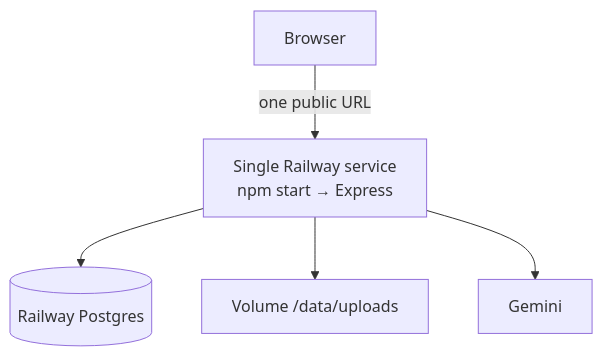
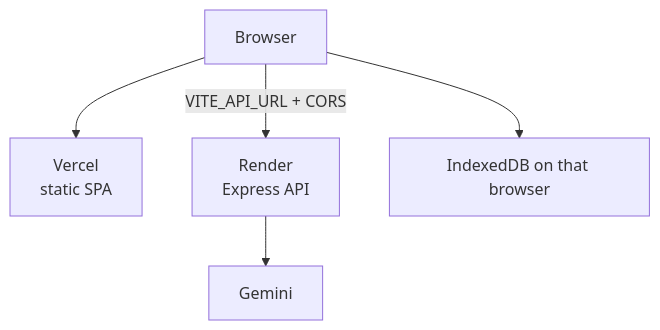
Before and after one commit to MoShahan/ledger-lens: the third of 4 diagrams in ARCHITECTURE.md, drawn with Mermaid. The commit also changed other lines of this file and 31 other files, not shown here.

````diff
--- a/ARCHITECTURE.md
+++ b/ARCHITECTURE.md
@@ -77,12 +72,12 @@
 ```mermaid
 flowchart TB
   Client["Browser"]
-  Service["Single Railway service\nnpm start → Express"]
-  PGRail[(Railway Postgres)]
-  Vol["Volume /data/uploads"]
+  Vercel["Vercel\nstatic SPA"]
+  Render["Render\nExpress API"]
+  IDB["IndexedDB on that browser"]
 
-  Client -->|"one public URL"| Service
-  Service --> PGRail
-  Service --> Vol
-  Service --> Gemini["Gemini"]
+  Client --> Vercel
+  Client -->|"VITE_API_URL + CORS"| Render
+  Client --> IDB
+  Render --> Gemini["Gemini"]
 ```
````
